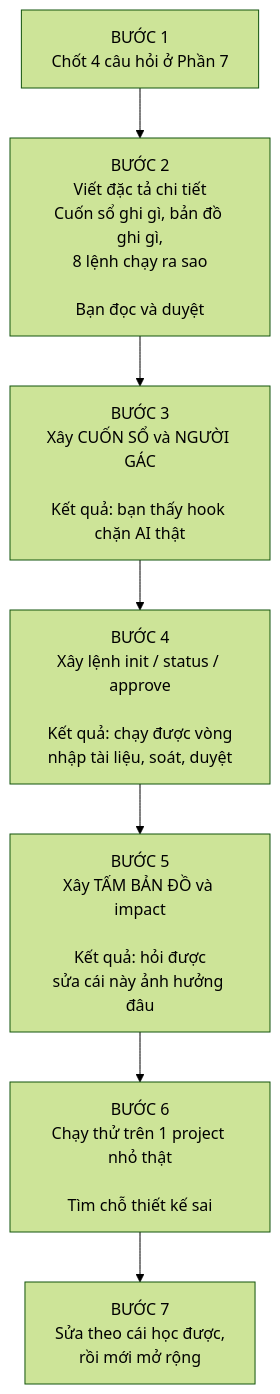
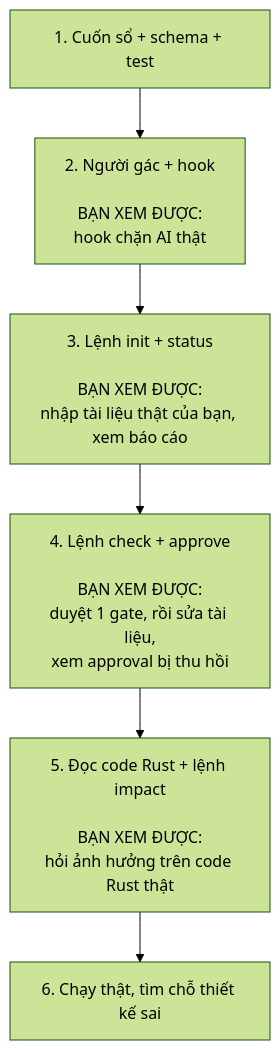
One commit to Kynderis/kendrick-ai-tools changed the third of 3 diagrams in answer.md. Above: the diagram before and after it, drawn with Mermaid (forest theme). The commit also changed other lines of this file and 2 other files, not shown here.

````diff
--- a/answer.md
+++ b/answer.md
@@ -293,16 +104,9 @@
 ```mermaid
 flowchart TD
-    B1["BƯỚC 1<br/>Chốt 4 câu hỏi ở Phần 7"] --> B2
-
-    B2["BƯỚC 2<br/>Viết đặc tả chi tiết<br/>Cuốn sổ ghi gì, bản đồ ghi gì,<br/>8 lệnh chạy ra sao<br/><br/>Bạn đọc và duyệt"] --> B3
-
-    B3["BƯỚC 3<br/>Xây CUỐN SỔ và NGƯỜI GÁC<br/><br/>Kết quả: bạn thấy hook chặn AI thật"] --> B4
-
-    B4["BƯỚC 4<br/>Xây lệnh init / status / approve<br/><br/>Kết quả: chạy được vòng<br/>nhập tài liệu, soát, duyệt"] --> B5
-
-    B5["BƯỚC 5<br/>Xây TẤM BẢN ĐỒ và impact<br/><br/>Kết quả: hỏi được<br/>sửa cái này ảnh hưởng đâu"] --> B6
-
-    B6["BƯỚC 6<br/>Chạy thử trên 1 project nhỏ thật<br/><br/>Tìm chỗ thiết kế sai"] --> B7
-
-    B7["BƯỚC 7<br/>Sửa theo cái học được,<br/>rồi mới mở rộng"]
+    T1["1. Cuốn sổ + schema + test"] --> T2
+    T2["2. Người gác + hook<br/><br/>BẠN XEM ĐƯỢC:<br/>hook chặn AI thật"] --> T3
+    T3["3. Lệnh init + status<br/><br/>BẠN XEM ĐƯỢC:<br/>nhập tài liệu thật của bạn, xem báo cáo"] --> T4
+    T4["4. Lệnh check + approve<br/><br/>BẠN XEM ĐƯỢC:<br/>duyệt 1 gate, rồi sửa tài liệu,<br/>xem approval bị thu hồi"] --> T5
+    T5["5. Đọc code Rust + lệnh impact<br/><br/>BẠN XEM ĐƯỢC:<br/>hỏi ảnh hưởng trên code Rust thật"] --> T6
+    T6["6. Chạy thật, tìm chỗ thiết kế sai"]
 ```
````
